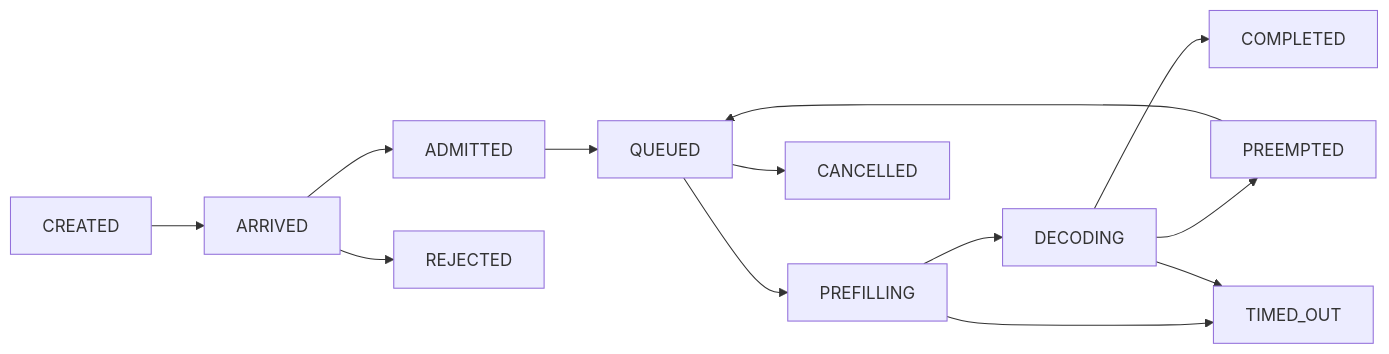
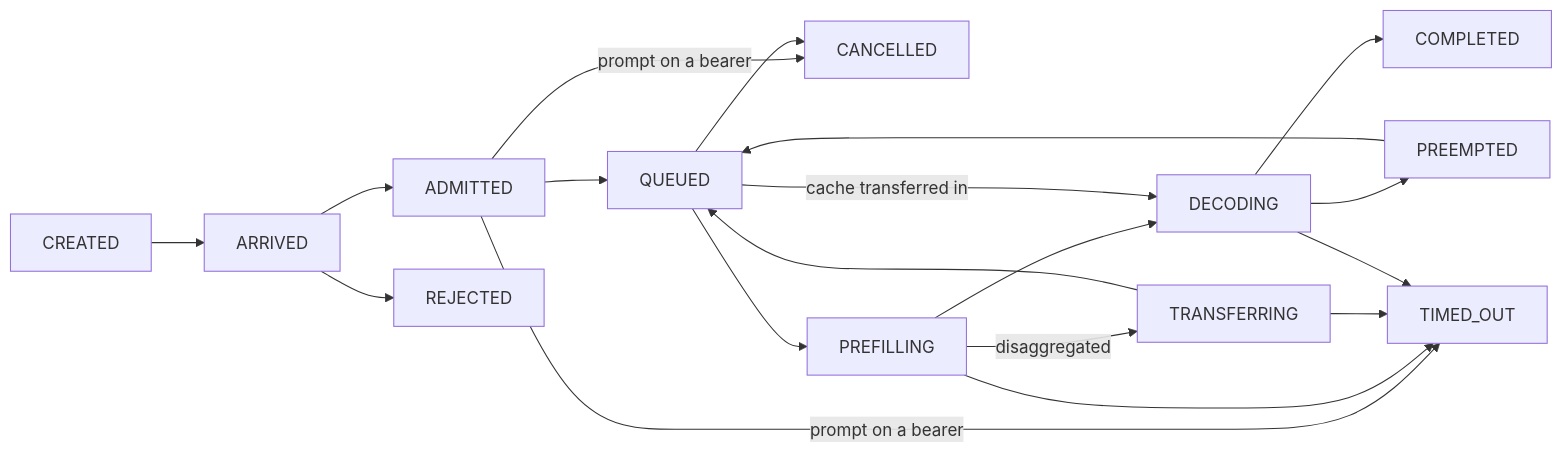
Before and after one commit to CharafeddineMechalikh/Docket: the fourth of 4 diagrams in docs/architecture.md, drawn with Mermaid. The commit also changed other lines of this file and 125 other files, not shown here.

````diff
--- a/docs/architecture.md
+++ b/docs/architecture.md
@@ -125,12 +167,17 @@
 ```mermaid
 flowchart LR
   CREATED --> ARRIVED --> ADMITTED --> QUEUED
+  ADMITTED -->|prompt on a bearer| TIMED_OUT
+  ADMITTED -->|prompt on a bearer| CANCELLED
   QUEUED --> PREFILLING --> DECODING
+  QUEUED -->|cache transferred in| DECODING
+  PREFILLING -->|disaggregated| TRANSFERRING --> QUEUED
   DECODING --> PREEMPTED
   PREEMPTED --> QUEUED
   DECODING --> COMPLETED
   ARRIVED --> REJECTED
   QUEUED --> CANCELLED
   PREFILLING --> TIMED_OUT
+  TRANSFERRING --> TIMED_OUT
   DECODING --> TIMED_OUT
 ```
````
